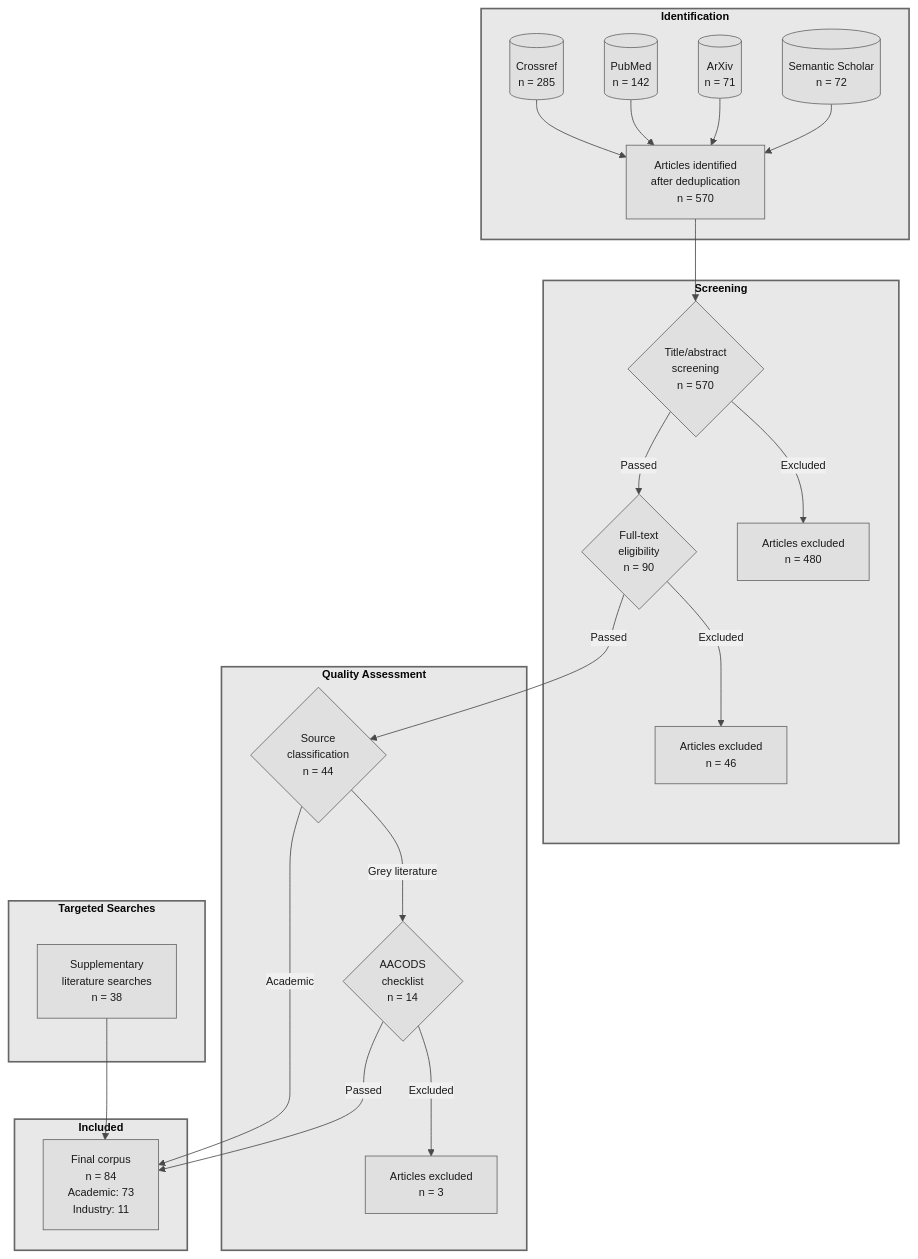
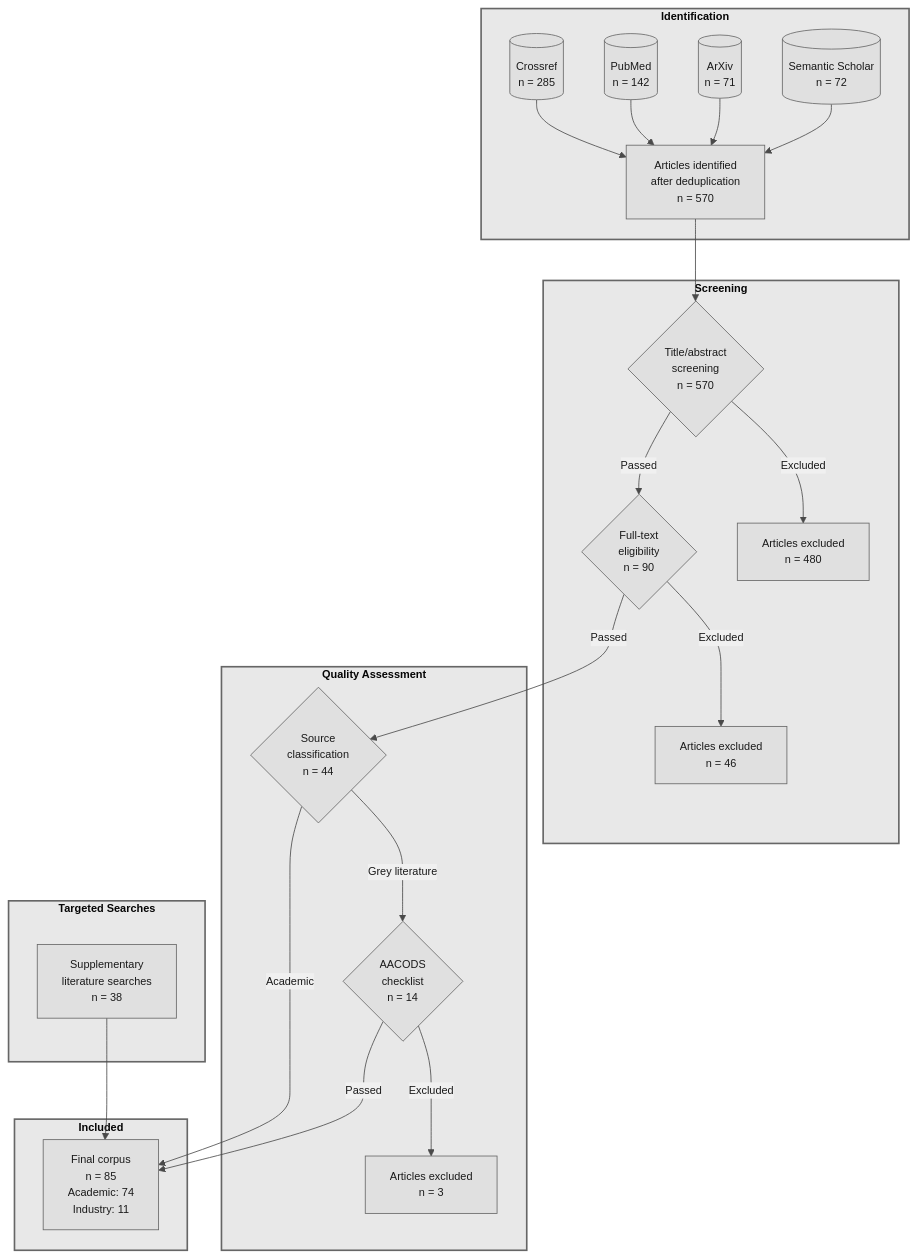
One commit to stharrold/yuimedi-paper-20250901 changed the diagram in figures/literature-flow.mmd. Above: the diagram before and after it, drawn with Mermaid. The commit also changed 11 other files, not shown here.

```diff
--- a/figures/literature-flow.mmd
+++ b/figures/literature-flow.mmd
@@ -1,44 +1,44 @@
 %%{init: {'theme': 'base', 'flowchart': {'useMaxWidth': false, 'markdownAutoWrap': false}, 'themeVariables': { 'primaryColor': '#e0e0e0', 'primaryTextColor': '#1a1a1a', 'primaryBorderColor': '#666', 'lineColor': '#4a4a4a', 'secondaryColor': '#f0f0f0', 'tertiaryColor': '#fafafa', 'fontFamily': 'Arial, sans-serif', 'fontSize': '10pt'}}}%%
 flowchart TD
     %% PRISMA 2020 Flow Diagram for Literature Selection
     %% Aligned with lit_review academic-literature-review workflow
     %% Total: 570 identified + 38 targeted → 79 included
     %% Note: Generate PNG via mermaid.live for proper font rendering
 
     subgraph ID["<b>Identification</b>"]
         A1[("Crossref<br/>n = 285")] --> A
         A2[("PubMed<br/>n = 142")] --> A
         A3[("ArXiv<br/>n = 71")] --> A
         A4[("Semantic Scholar<br/>n = 72")] --> A
         A["Articles identified<br/>after deduplication<br/>n = 570"]
     end
 
     subgraph SC["<b>Screening</b>"]
         A --> D{"Title/abstract<br/>screening<br/>n = 570"}
         D -->|"Excluded"| E["Articles excluded<br/>n = 480"]
         D -->|"Passed"| H{"Full-text<br/>eligibility<br/>n = 90"}
         H -->|"Excluded"| I["Articles excluded<br/>n = 46"]
     end
 
     subgraph QA["<b>Quality Assessment</b>"]
         H -->|"Passed"| J{"Source<br/>classification<br/>n = 44"}
         J -->|"Grey literature"| L{"AACODS<br/>checklist<br/>n = 14"}
         L -->|"Excluded"| N["Articles excluded<br/>n = 3"]
     end
 
     subgraph TS["<b>Targeted Searches</b>"]
         T1["Supplementary<br/>literature searches<br/>n = 38"]
     end
 
     subgraph IN["<b>Included</b>"]
-        J -->|"Academic"| O["Final corpus<br/>n = 84<br/>Academic: 73<br/>Industry: 11"]
+        J -->|"Academic"| O["Final corpus<br/>n = 85<br/>Academic: 74<br/>Industry: 11"]
         L -->|"Passed"| O
         T1 --> O
     end
 
     %% Styling - Grayscale
     style ID fill:#e8e8e8,stroke:#666,stroke-width:2px
     style SC fill:#e8e8e8,stroke:#666,stroke-width:2px
     style QA fill:#e8e8e8,stroke:#666,stroke-width:2px
     style TS fill:#e8e8e8,stroke:#666,stroke-width:2px
     style IN fill:#e8e8e8,stroke:#666,stroke-width:2px
```
